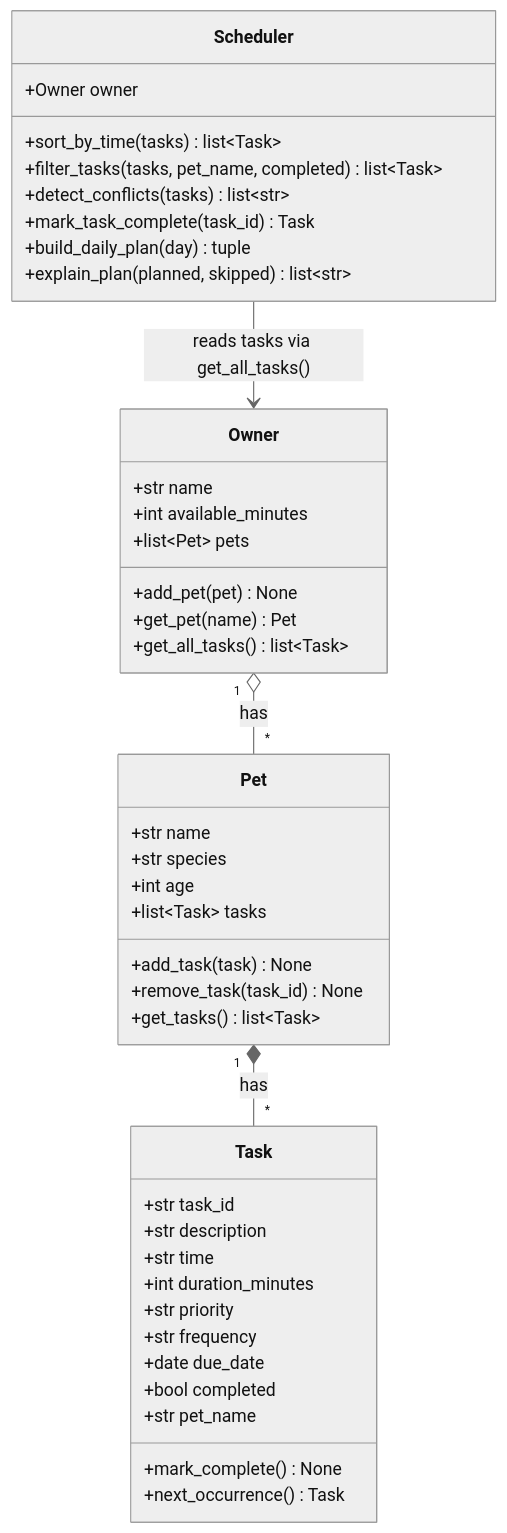
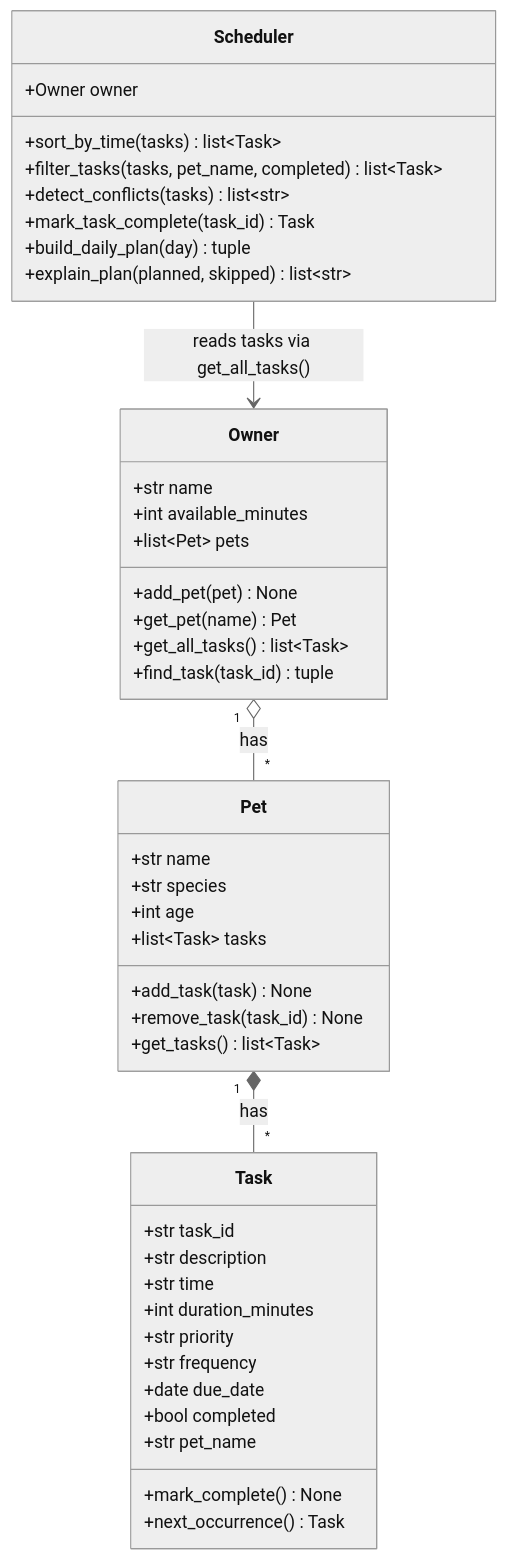
One commit to VignoneRobotics/ai110-module2show-pawpal-starter changed the diagram in diagrams/uml.mmd. Above: the diagram before and after it, drawn with Mermaid (neutral theme). The commit also changed 4 other files, not shown here.

```diff
--- a/diagrams/uml.mmd
+++ b/diagrams/uml.mmd
@@ -1,49 +1,50 @@
 classDiagram
     %% PawPal+ UML (draft, Phase 1). Update in Phase 6 to match the final code.
 
     class Owner {
         +str name
         +int available_minutes
         +list~Pet~ pets
         +add_pet(pet) None
         +get_pet(name) Pet
         +get_all_tasks() list~Task~
+        +find_task(task_id) tuple
     }
 
     class Pet {
         +str name
         +str species
         +int age
         +list~Task~ tasks
         +add_task(task) None
         +remove_task(task_id) None
         +get_tasks() list~Task~
     }
 
     class Task {
         +str task_id
         +str description
         +str time
         +int duration_minutes
         +str priority
         +str frequency
         +date due_date
         +bool completed
         +str pet_name
         +mark_complete() None
         +next_occurrence() Task
     }
 
     class Scheduler {
         +Owner owner
         +sort_by_time(tasks) list~Task~
         +filter_tasks(tasks, pet_name, completed) list~Task~
         +detect_conflicts(tasks) list~str~
         +mark_task_complete(task_id) Task
         +build_daily_plan(day) tuple
         +explain_plan(planned, skipped) list~str~
     }
 
     Owner "1" o-- "*" Pet : has
     Pet "1" *-- "*" Task : has
     Scheduler --> Owner : reads tasks via get_all_tasks()
```
